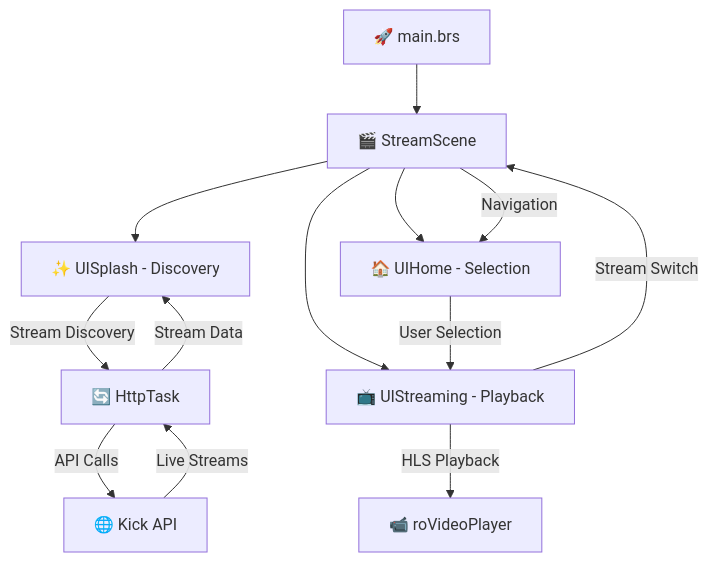
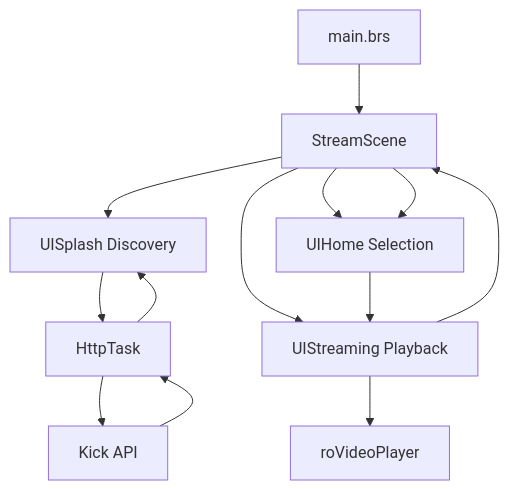
One commit to idyllize/KickRokuApp changed the diagram in README.md. Above: the diagram before and after it, drawn with Mermaid. The commit also changed other lines of this file, not shown here.

````diff
--- a/README.md
+++ b/README.md
@@ -136,15 +136,15 @@
 ```mermaid
-graph TD
-    A[🚀 main.brs] --> B[🎬 StreamScene]
-    B --> C[✨ UISplash - Discovery]
-    B --> D[🏠 UIHome - Selection]
-    B --> E[📺 UIStreaming - Playback]
-    C -->|Stream Discovery| F[🔄 HttpTask]
-    F -->|API Calls| G[🌐 Kick API]
-    G -->|Live Streams| F
-    F -->|Stream Data| C
-    D -->|User Selection| E
-    E -->|HLS Playback| H[📹 roVideoPlayer]
-    E -->|Stream Switch| B
-    B -->|Navigation| D
+flowchart TD
+    A[main.brs] --> B[StreamScene]
+    B --> C[UISplash Discovery]
+    B --> D[UIHome Selection]
+    B --> E[UIStreaming Playback]
+    C --> F[HttpTask]
+    F --> G[Kick API]
+    G --> F
+    F --> C
+    D --> E
+    E --> H[roVideoPlayer]
+    E --> B
+    B --> D
 ```
````
